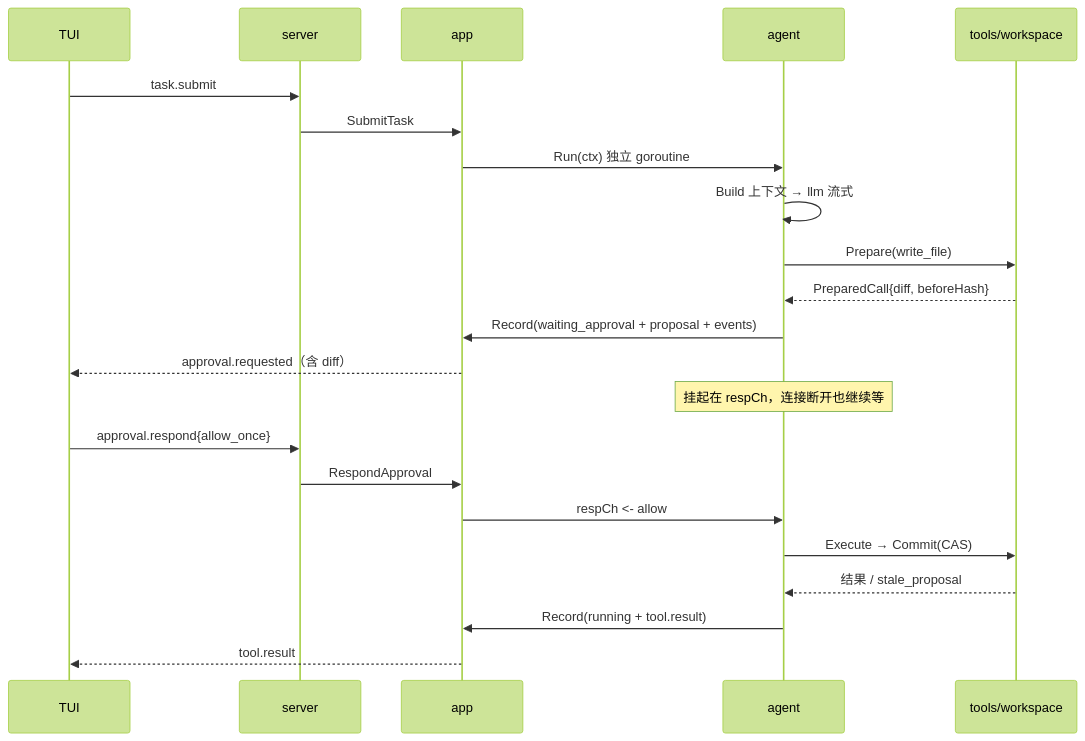
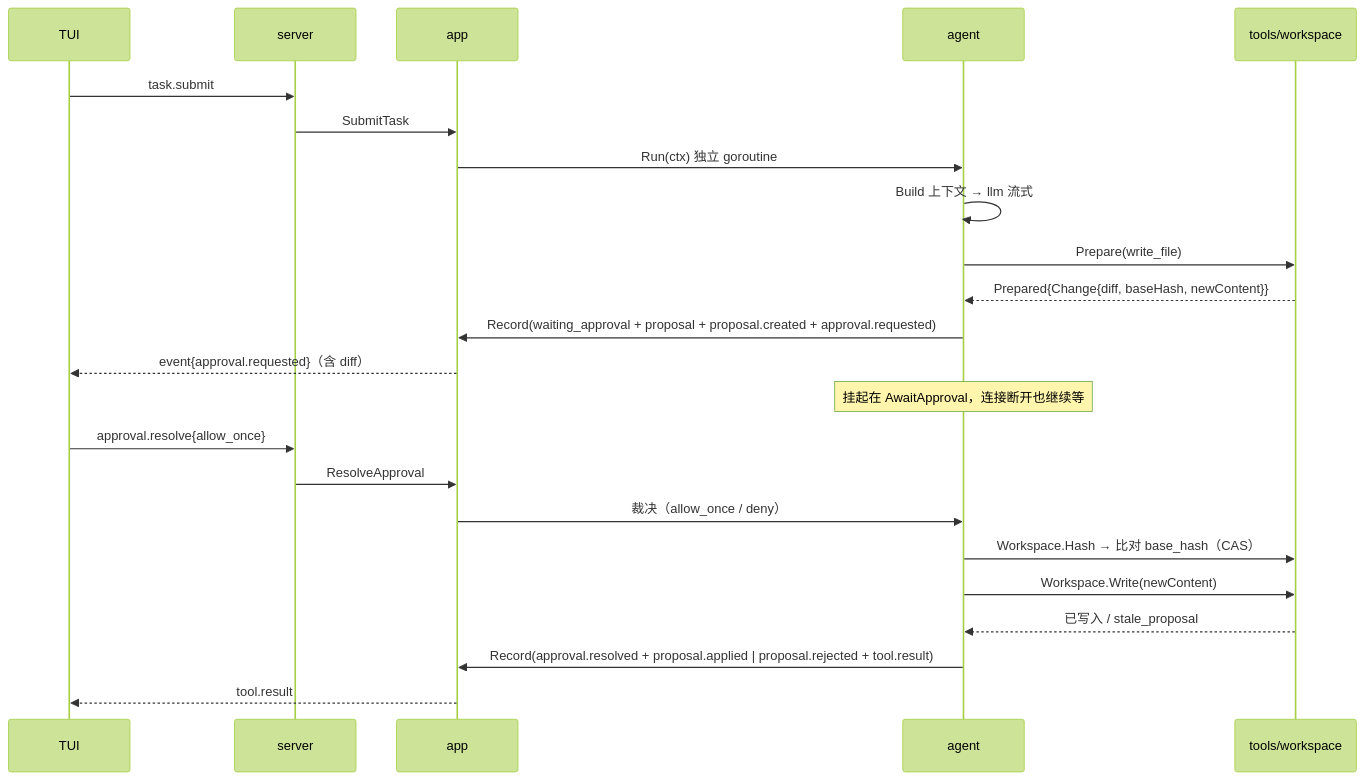
The second of 2 diagrams in docs/design/agent-architecture.md (kennethfan/jiaoag), drawn with Mermaid (forest theme) before and after one commit. The commit also changed other lines of this file and 36 other files, not shown here.

First line of the commit message:
feat(m4): 写入审批闭环（提案 + diff 审批 + CAS 落盘）

````diff
--- a/docs/design/agent-architecture.md
+++ b/docs/design/agent-architecture.md
@@ -198,24 +206,25 @@
 ```mermaid
 sequenceDiagram
   participant C as TUI
   participant S as server
   participant A as app
   participant R as agent
   participant T as tools/workspace
   C->>S: task.submit
   S->>A: SubmitTask
   A->>R: Run(ctx) 独立 goroutine
   R->>R: Build 上下文 → llm 流式
   R->>T: Prepare(write_file)
-  T-->>R: PreparedCall{diff, beforeHash}
-  R->>A: Record(waiting_approval + proposal + events)
-  A-->>C: approval.requested（含 diff）
-  Note over R: 挂起在 respCh，连接断开也继续等
-  C->>S: approval.respond{allow_once}
-  S->>A: RespondApproval
-  A->>R: respCh <- allow
-  R->>T: Execute → Commit(CAS)
-  T-->>R: 结果 / stale_proposal
-  R->>A: Record(running + tool.result)
+  T-->>R: Prepared{Change{diff, baseHash, newContent}}
+  R->>A: Record(waiting_approval + proposal + proposal.created + approval.requested)
+  A-->>C: event{approval.requested}（含 diff）
+  Note over R: 挂起在 AwaitApproval，连接断开也继续等
+  C->>S: approval.resolve{allow_once}
+  S->>A: ResolveApproval
+  A->>R: 裁决（allow_once / deny）
+  R->>T: Workspace.Hash → 比对 base_hash（CAS）
+  R->>T: Workspace.Write(newContent)
+  T-->>R: 已写入 / stale_proposal
+  R->>A: Record(approval.resolved + proposal.applied | proposal.rejected + tool.result)
   A-->>C: tool.result
 ```
````
